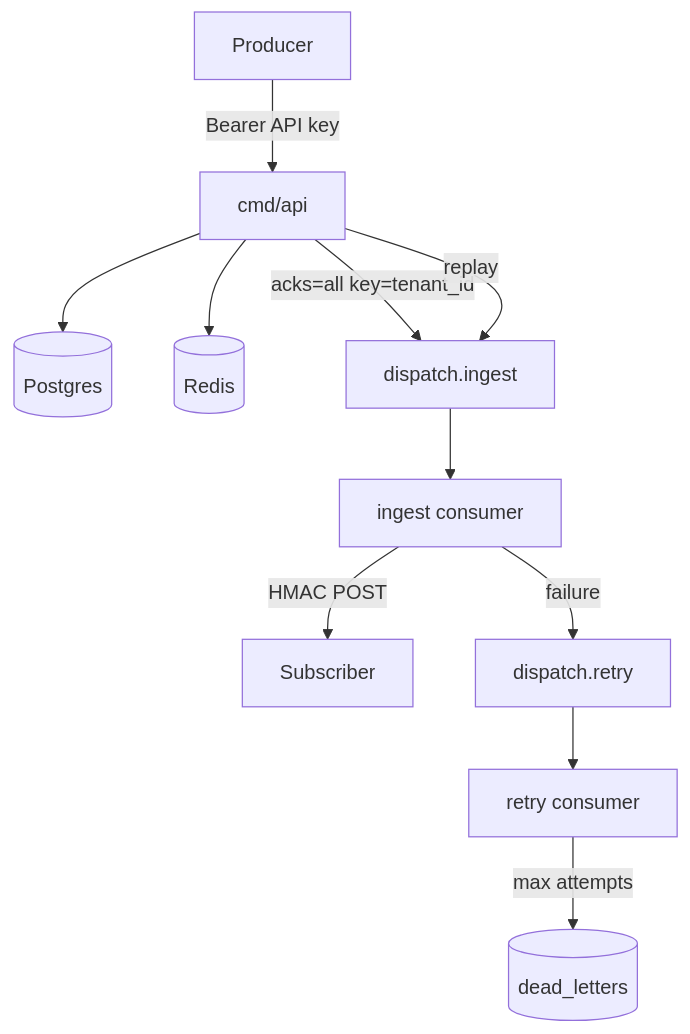
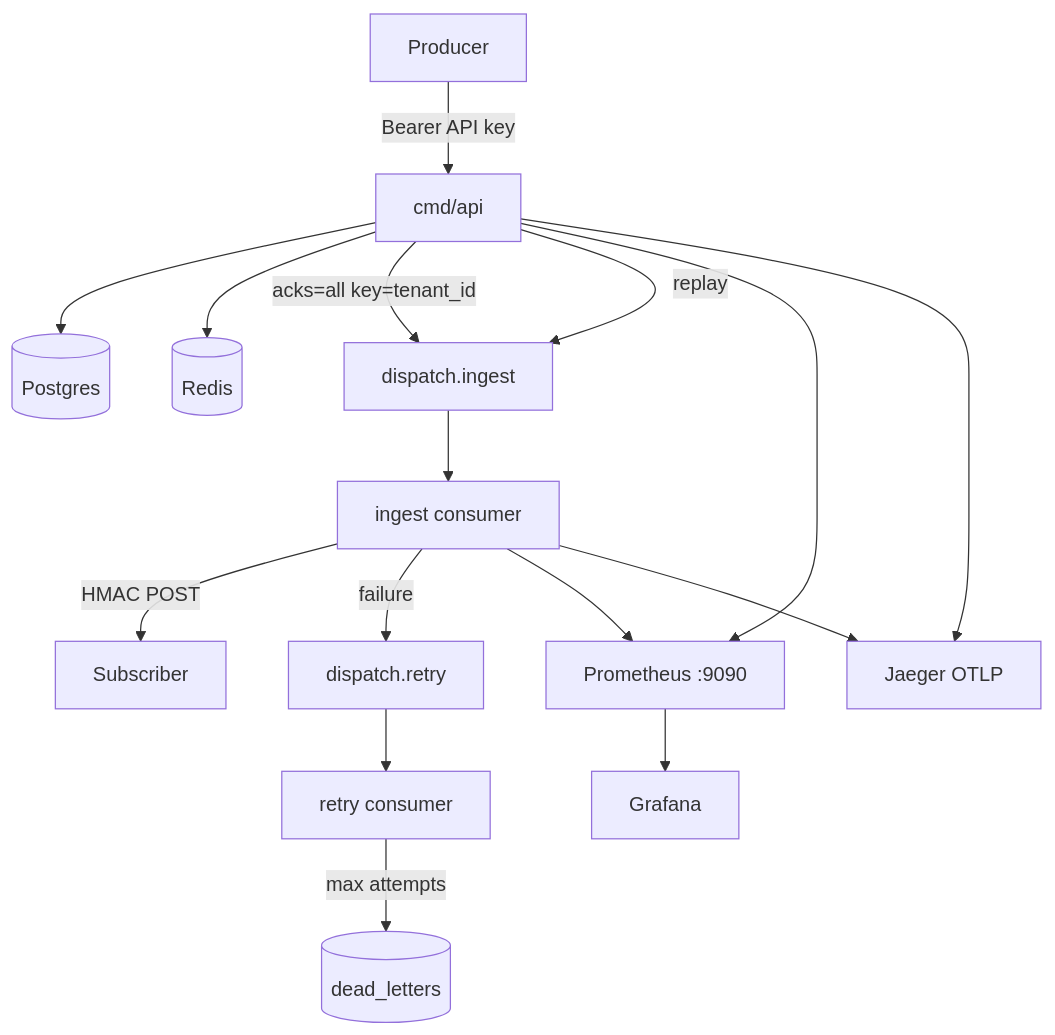
One commit to yxshwanth/Dispatch changed the diagram in docs/halfway_summary.md. Above: the diagram before and after it, drawn with Mermaid. The commit also changed other lines of this file and 35 other files, not shown here.

````diff
--- a/docs/halfway_summary.md
+++ b/docs/halfway_summary.md
@@ -69,13 +18,18 @@
 ```mermaid
 flowchart TB
   Producer[Producer] -->|Bearer API key| API[cmd/api]
   API --> PG[(Postgres)]
   API --> Redis[(Redis)]
   API -->|acks=all key=tenant_id| Ingest[dispatch.ingest]
   Ingest --> IngestCG[ingest consumer]
   IngestCG -->|HMAC POST| Endpoint[Subscriber]
   IngestCG -->|failure| Retry[dispatch.retry]
   Retry --> RetryCG[retry consumer]
   RetryCG -->|max attempts| DLQ[(dead_letters)]
   API -->|replay| Ingest
+  API --> Prom[Prometheus :9090]
+  IngestCG --> Prom
+  Prom --> Graf[Grafana]
+  API --> Jaeger[Jaeger OTLP]
+  IngestCG --> Jaeger
 ```
````
